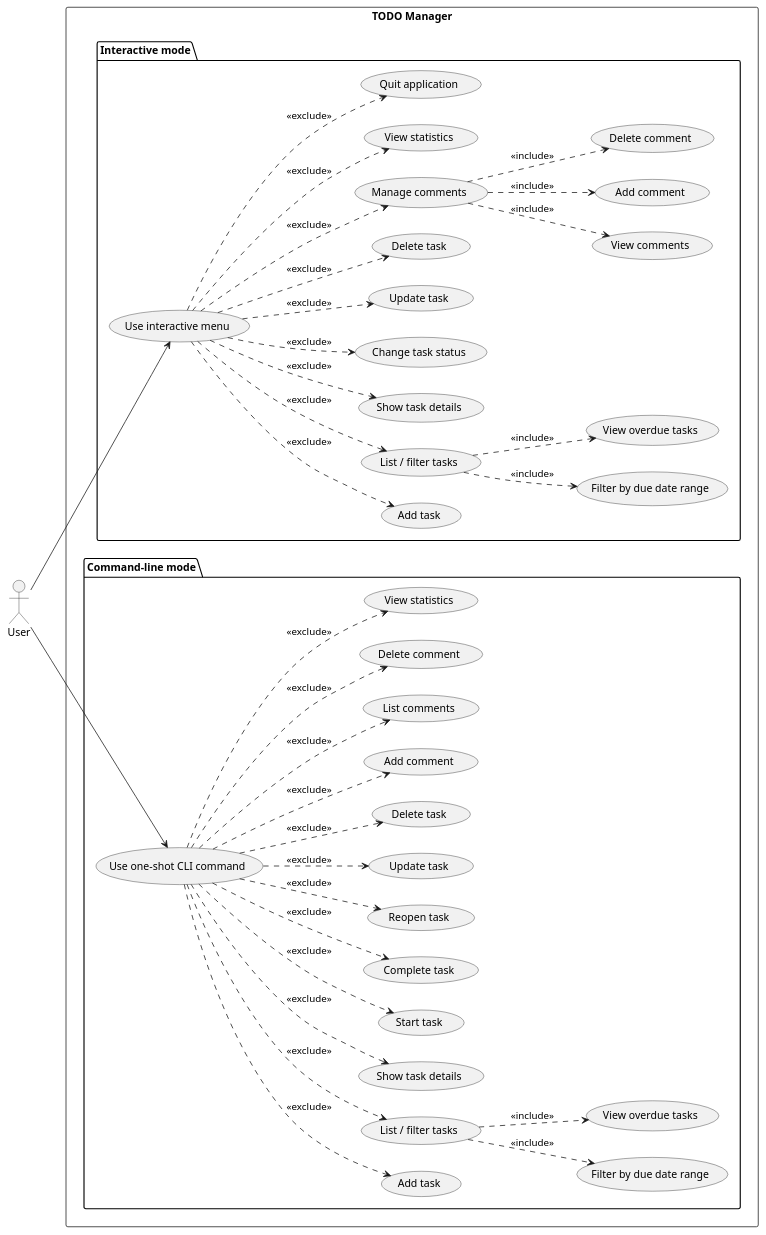
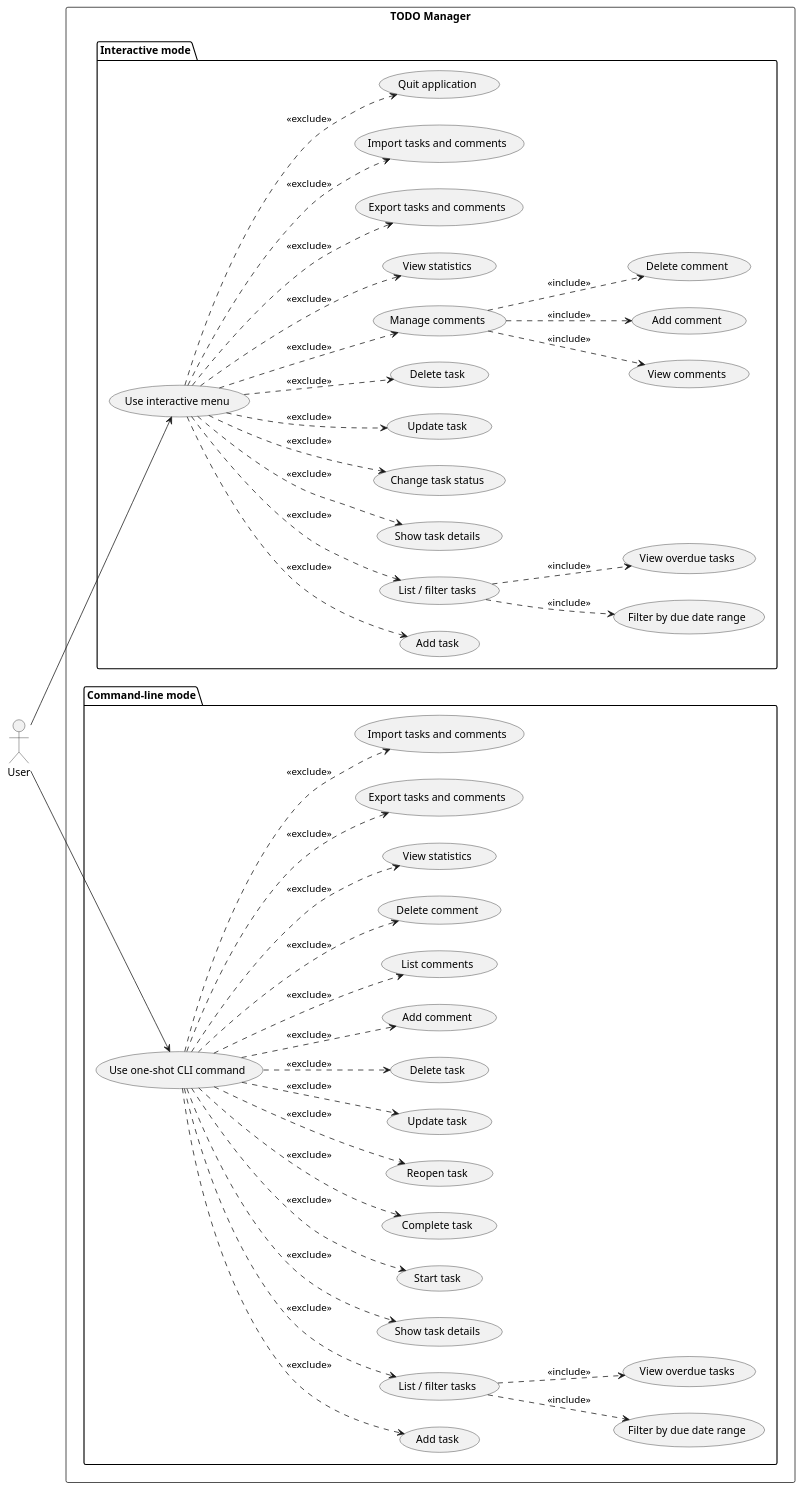
Before and after one commit to DanielRiha8906/Software_autoevolution_using_agents: the diagram in experiments/supervisor_as_tools/structured_text/TODO/artifacts/use_case_diagram.puml, drawn with PlantUML. The commit also changed 11 other files, not shown here.

```diff
--- a/experiments/supervisor_as_tools/structured_text/TODO/artifacts/use_case_diagram.puml
+++ b/experiments/supervisor_as_tools/structured_text/TODO/artifacts/use_case_diagram.puml
@@ -1,79 +1,87 @@
 @startuml use_case_diagram
 
 left to right direction
 
 actor User
 
 rectangle "TODO Manager" {
 
   package "Interactive mode" {
     usecase "Use interactive menu" as UI
     usecase "Add task" as I_ADD
     usecase "List / filter tasks" as I_LIST
     usecase "Filter by due date range" as I_DUE_RANGE
     usecase "View overdue tasks" as I_OVERDUE
     usecase "Show task details" as I_SHOW
     usecase "Change task status" as I_STATUS
     usecase "Update task" as I_UPDATE
     usecase "Delete task" as I_DELETE
     usecase "Manage comments" as I_COMMENTS
     usecase "View comments" as I_VIEW_COMMENTS
     usecase "Add comment" as I_ADD_COMMENT
     usecase "Delete comment" as I_DELETE_COMMENT
     usecase "View statistics" as I_STATS
+    usecase "Export tasks and comments" as I_EXPORT
+    usecase "Import tasks and comments" as I_IMPORT
     usecase "Quit application" as I_QUIT
   }
 
   package "Command-line mode" {
     usecase "Use one-shot CLI command" as CLI
     usecase "Add task" as C_ADD
     usecase "List / filter tasks" as C_LIST
     usecase "Filter by due date range" as C_DUE_RANGE
     usecase "View overdue tasks" as C_OVERDUE
     usecase "Show task details" as C_SHOW
     usecase "Start task" as C_START
     usecase "Complete task" as C_DONE
     usecase "Reopen task" as C_REOPEN
     usecase "Update task" as C_UPDATE
     usecase "Delete task" as C_DELETE
     usecase "Add comment" as C_ADD_COMMENT
     usecase "List comments" as C_LIST_COMMENTS
     usecase "Delete comment" as C_DELETE_COMMENT
     usecase "View statistics" as C_STATS
+    usecase "Export tasks and comments" as C_EXPORT
+    usecase "Import tasks and comments" as C_IMPORT
   }
 }
 
 User --> UI
 User --> CLI
 
 UI ..> I_ADD       : <<exclude>>
 UI ..> I_LIST      : <<exclude>>
 I_LIST ..> I_DUE_RANGE : <<include>>
 I_LIST ..> I_OVERDUE : <<include>>
 UI ..> I_SHOW      : <<exclude>>
 UI ..> I_STATUS    : <<exclude>>
 UI ..> I_UPDATE    : <<exclude>>
 UI ..> I_DELETE    : <<exclude>>
 UI ..> I_COMMENTS  : <<exclude>>
 I_COMMENTS ..> I_VIEW_COMMENTS    : <<include>>
 I_COMMENTS ..> I_ADD_COMMENT      : <<include>>
 I_COMMENTS ..> I_DELETE_COMMENT   : <<include>>
 UI ..> I_STATS     : <<exclude>>
+UI ..> I_EXPORT    : <<exclude>>
+UI ..> I_IMPORT    : <<exclude>>
 UI ..> I_QUIT      : <<exclude>>
 
 CLI ..> C_ADD            : <<exclude>>
 CLI ..> C_LIST           : <<exclude>>
 C_LIST ..> C_DUE_RANGE : <<include>>
 C_LIST ..> C_OVERDUE : <<include>>
 CLI ..> C_SHOW           : <<exclude>>
 CLI ..> C_START          : <<exclude>>
 CLI ..> C_DONE           : <<exclude>>
 CLI ..> C_REOPEN         : <<exclude>>
 CLI ..> C_UPDATE         : <<exclude>>
 CLI ..> C_DELETE         : <<exclude>>
 CLI ..> C_ADD_COMMENT    : <<exclude>>
 CLI ..> C_LIST_COMMENTS  : <<exclude>>
 CLI ..> C_DELETE_COMMENT : <<exclude>>
 CLI ..> C_STATS          : <<exclude>>
+CLI ..> C_EXPORT         : <<exclude>>
+CLI ..> C_IMPORT         : <<exclude>>
 
 @enduml
```
